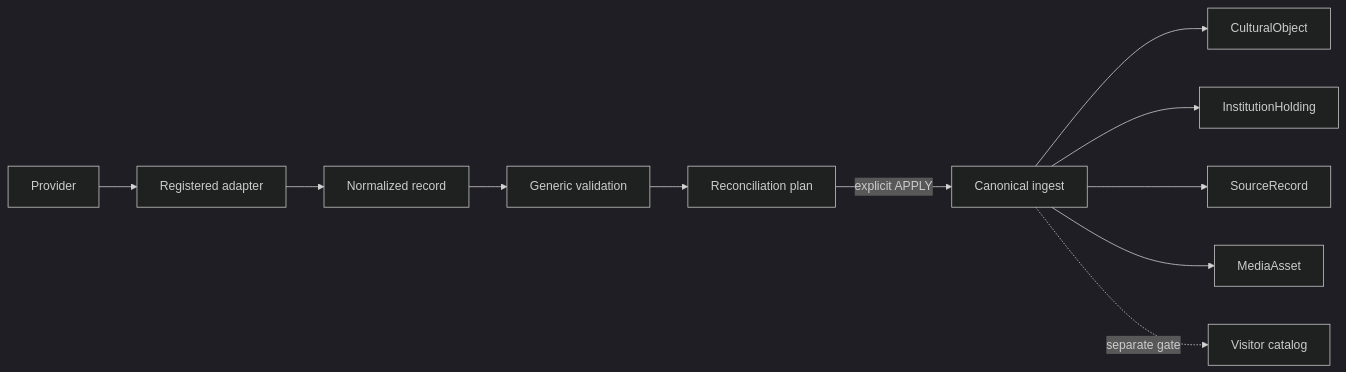
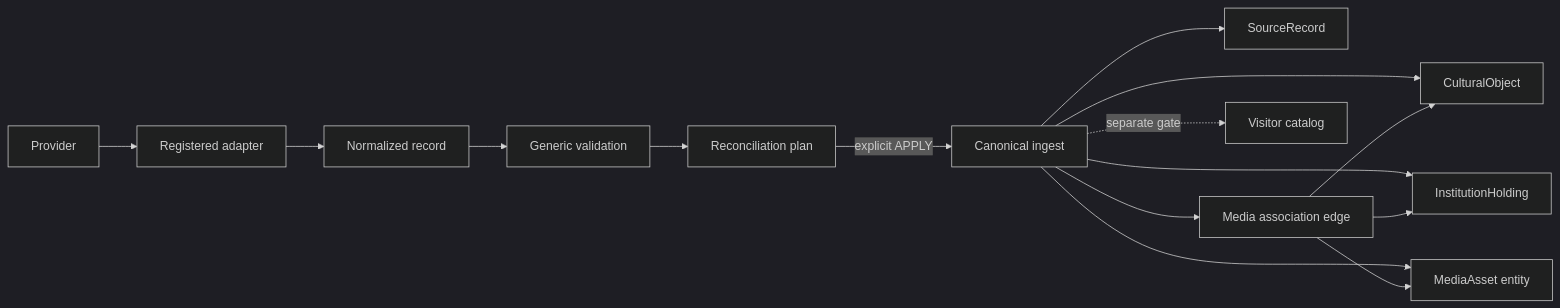
One commit to shopqrepublik/aura changed the diagram in docs/catalog/INGESTION_ARCHITECTURE.md. Above: the diagram before and after it, drawn with Mermaid (dark theme). The commit also changed other lines of this file and 25 other files, not shown here.

````diff
--- a/docs/catalog/INGESTION_ARCHITECTURE.md
+++ b/docs/catalog/INGESTION_ARCHITECTURE.md
@@ -5,13 +5,17 @@
 ```mermaid
 flowchart LR
   P[Provider] --> A[Registered adapter]
   A --> N[Normalized record]
   N --> V[Generic validation]
   V --> R[Reconciliation plan]
   R -->|explicit APPLY| I[Canonical ingest]
   I --> O[CulturalObject]
   I --> H[InstitutionHolding]
   I --> S[SourceRecord]
-  I --> M[MediaAsset]
+  I --> M[MediaAsset entity]
+  I --> E[Media association edge]
+  E --> M
+  E --> O
+  E --> H
   I -. separate gate .-> C[Visitor catalog]
 ```
````
